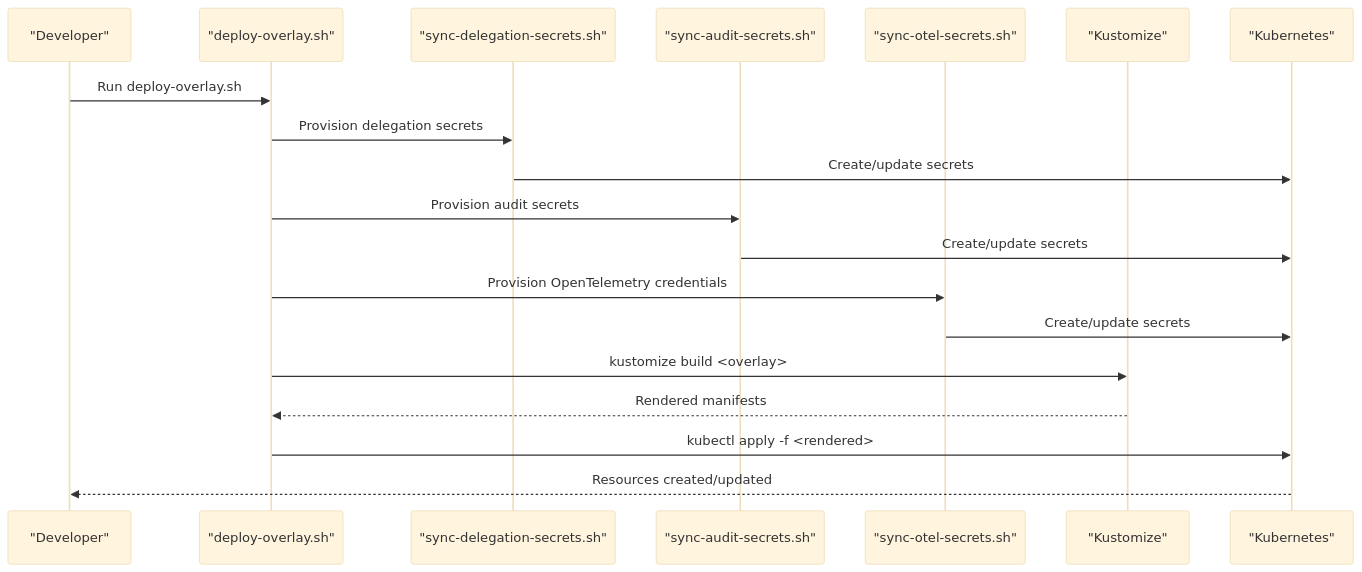
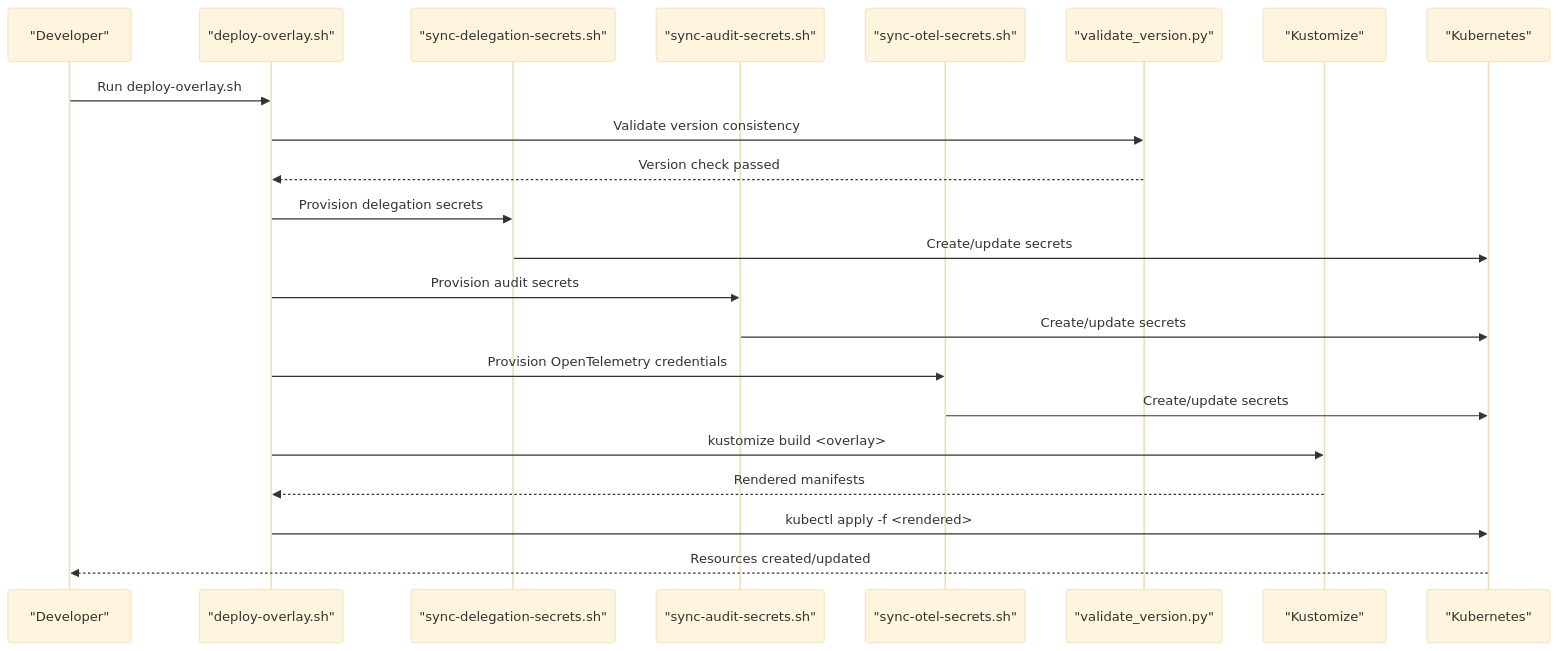
The fourth of 10 diagrams in .qoder/repowiki/en/content/Deployment and Operations/Deployment and Operations.md (metasync/luban-aiops), drawn with Mermaid (base theme) before and after one commit. The commit also changed other lines of this file and 4 other files, not shown here.

````diff
--- a/.qoder/repowiki/en/content/Deployment and Operations/Deployment and Operations.md
+++ b/.qoder/repowiki/en/content/Deployment and Operations/Deployment and Operations.md
@@ -318,21 +350,24 @@
 ```mermaid
 sequenceDiagram
 participant Dev as "Developer"
 participant Script as "deploy-overlay.sh"
 participant Delegation as "sync-delegation-secrets.sh"
 participant Audit as "sync-audit-secrets.sh"
 participant OTel as "sync-otel-secrets.sh"
+participant Version as "validate_version.py"
 participant Kustomize as "Kustomize"
 participant K8s as "Kubernetes"
 Dev->>Script : Run deploy-overlay.sh
+Script->>Version : Validate version consistency
+Version-->>Script : Version check passed
 Script->>Delegation : Provision delegation secrets
 Delegation->>K8s : Create/update secrets
 Script->>Audit : Provision audit secrets
 Audit->>K8s : Create/update secrets
 Script->>OTel : Provision OpenTelemetry credentials
 OTel->>K8s : Create/update secrets
 Script->>Kustomize : kustomize build <overlay>
 Kustomize-->>Script : Rendered manifests
 Script->>K8s : kubectl apply -f <rendered>
 K8s-->>Dev : Resources created/updated
 ```
````
